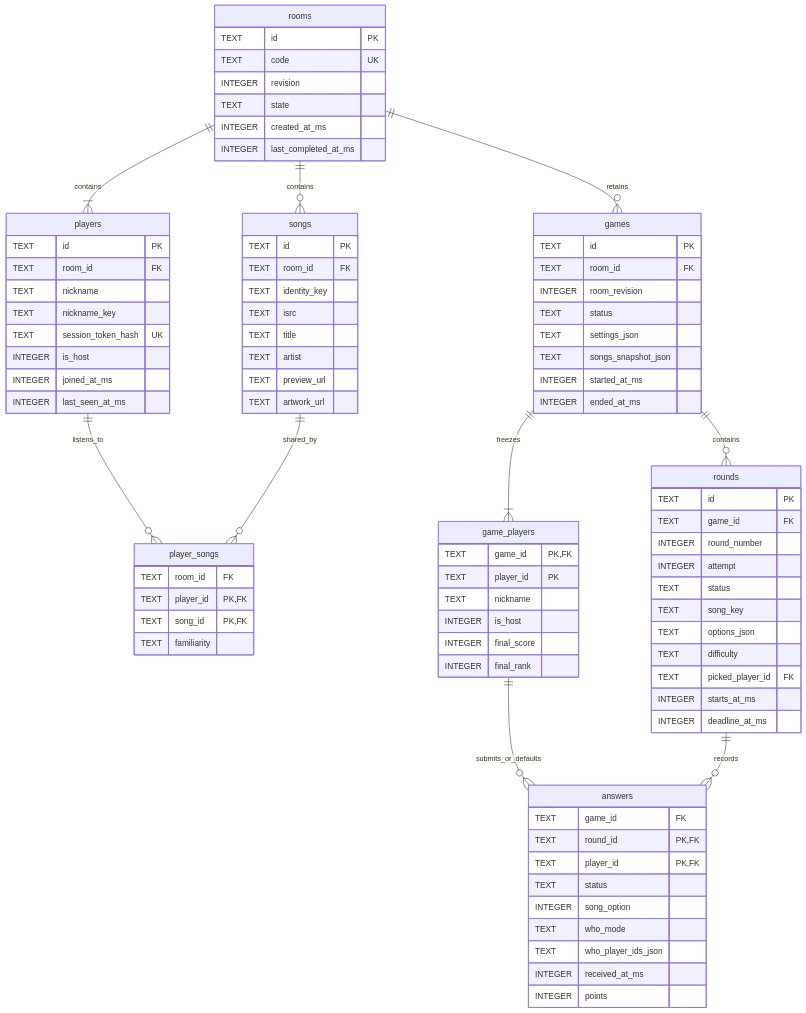
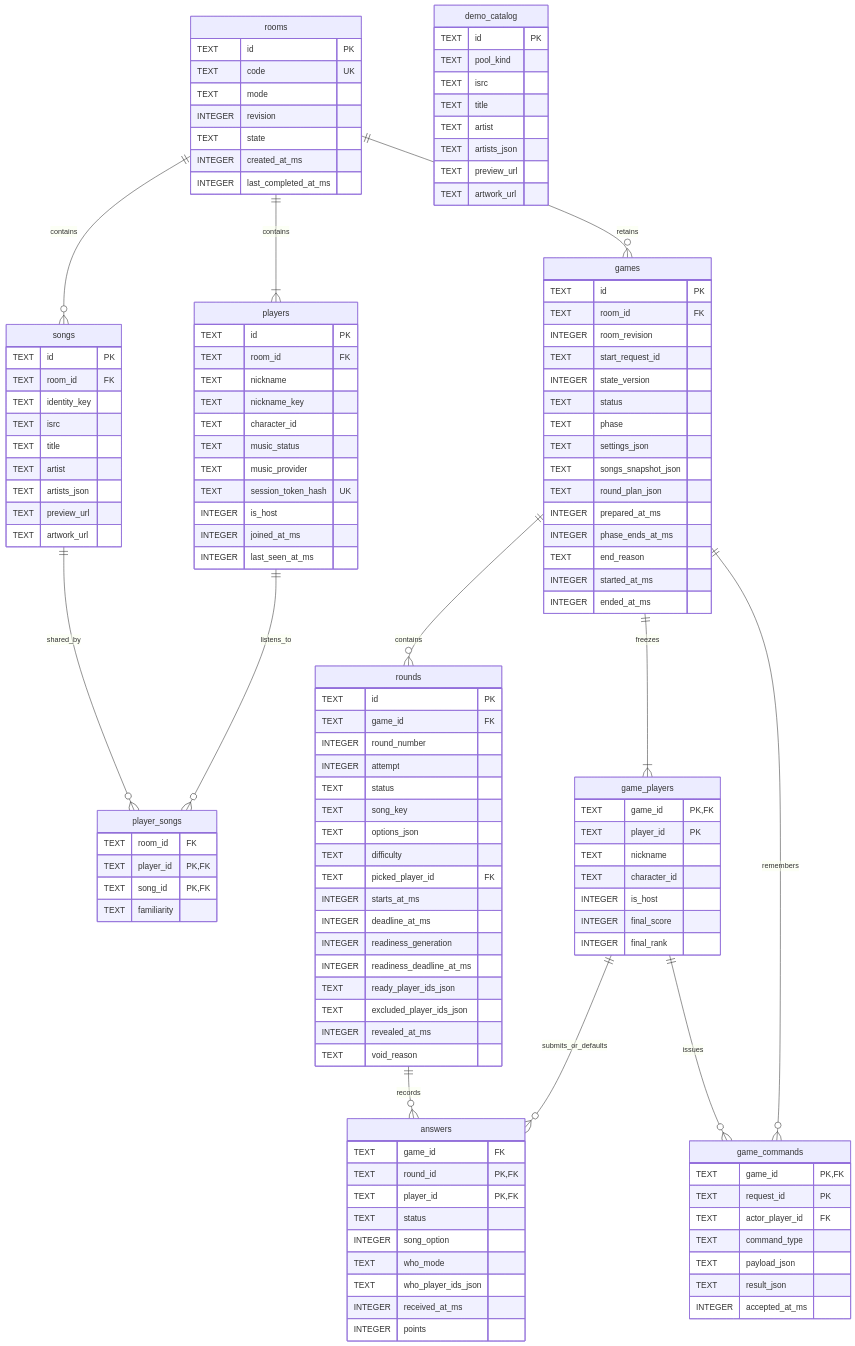
One commit to Inventure71/DevOpsAssignement changed the diagram in docs/06_DATA_MODEL.md. Above: the diagram before and after it, drawn with Mermaid. The commit also changed other lines of this file and 79 other files, not shown here.

````diff
--- a/docs/06_DATA_MODEL.md
+++ b/docs/06_DATA_MODEL.md
@@ -48,10 +54,13 @@
     games ||--o{ rounds : contains
     game_players ||--o{ answers : submits_or_defaults
     rounds ||--o{ answers : records
+    games ||--o{ game_commands : remembers
+    game_players ||--o{ game_commands : issues
 
     rooms {
         TEXT id PK
         TEXT code UK
+        TEXT mode
         INTEGER revision
         TEXT state
         INTEGER created_at_ms
@@ -62,6 +71,9 @@
         TEXT room_id FK
         TEXT nickname
         TEXT nickname_key
+        TEXT character_id
+        TEXT music_status
+        TEXT music_provider
         TEXT session_token_hash UK
         INTEGER is_host
         INTEGER joined_at_ms
@@ -74,6 +86,7 @@
         TEXT isrc
         TEXT title
         TEXT artist
+        TEXT artists_json
         TEXT preview_url
         TEXT artwork_url
     }
@@ -87,9 +100,16 @@
         TEXT id PK
         TEXT room_id FK
         INTEGER room_revision
+        TEXT start_request_id
+        INTEGER state_version
         TEXT status
+        TEXT phase
         TEXT settings_json
         TEXT songs_snapshot_json
+        TEXT round_plan_json
+        INTEGER prepared_at_ms
+        INTEGER phase_ends_at_ms
+        TEXT end_reason
         INTEGER started_at_ms
         INTEGER ended_at_ms
     }
@@ -97,6 +117,7 @@
         TEXT game_id PK, FK
         TEXT player_id PK
         TEXT nickname
+        TEXT character_id
         INTEGER is_host
         INTEGER final_score
         INTEGER final_rank
@@ -113,6 +134,12 @@
         TEXT picked_player_id FK
         INTEGER starts_at_ms
         INTEGER deadline_at_ms
+        INTEGER readiness_generation
+        INTEGER readiness_deadline_at_ms
+        TEXT ready_player_ids_json
+        TEXT excluded_player_ids_json
+        INTEGER revealed_at_ms
+        TEXT void_reason
     }
     answers {
         TEXT game_id FK
@@ -125,4 +152,23 @@
         INTEGER received_at_ms
         INTEGER points
     }
+    demo_catalog {
+        TEXT id PK
+        TEXT pool_kind
+        TEXT isrc
+        TEXT title
+        TEXT artist
+        TEXT artists_json
+        TEXT preview_url
+        TEXT artwork_url
+    }
+    game_commands {
+        TEXT game_id PK, FK
+        TEXT request_id PK
+        TEXT actor_player_id FK
+        TEXT command_type
+        TEXT payload_json
+        TEXT result_json
+        INTEGER accepted_at_ms
+    }
 ```
````
